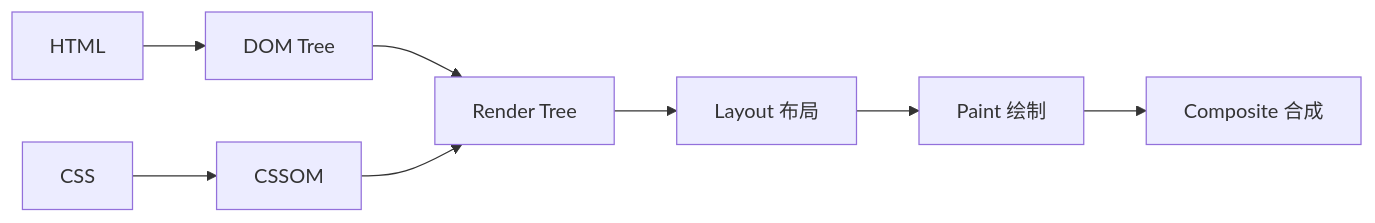
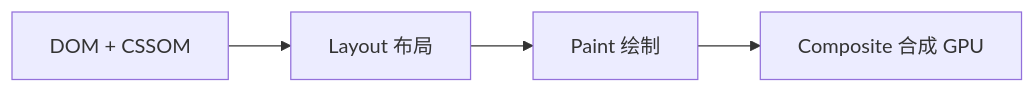
The second of 3 diagrams in 01-基础内功/01-浏览器工作原理.md (c-builder/study), drawn with Mermaid before and after one commit. The commit also changed other lines of this file and 28 other files, not shown here.

````diff
--- a/01-基础内功/01-浏览器工作原理.md
+++ b/01-基础内功/01-浏览器工作原理.md
@@ -62,10 +85,6 @@
 ```mermaid
 flowchart LR
-    HTML[HTML] --> DOM[DOM Tree]
-    CSS[CSS] --> CSSOM[CSSOM]
-    DOM --> RenderTree[Render Tree]
-    CSSOM --> RenderTree
-    RenderTree --> Layout[Layout 布局]
+    DOM[DOM + CSSOM] --> Layout[Layout 布局]
     Layout --> Paint[Paint 绘制]
-    Paint --> Composite[Composite 合成]
+    Paint --> Composite[Composite 合成 GPU]
 ```
````
